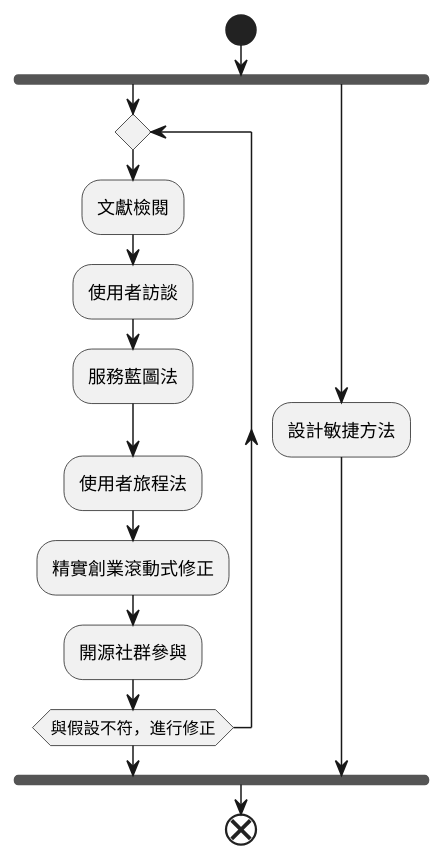
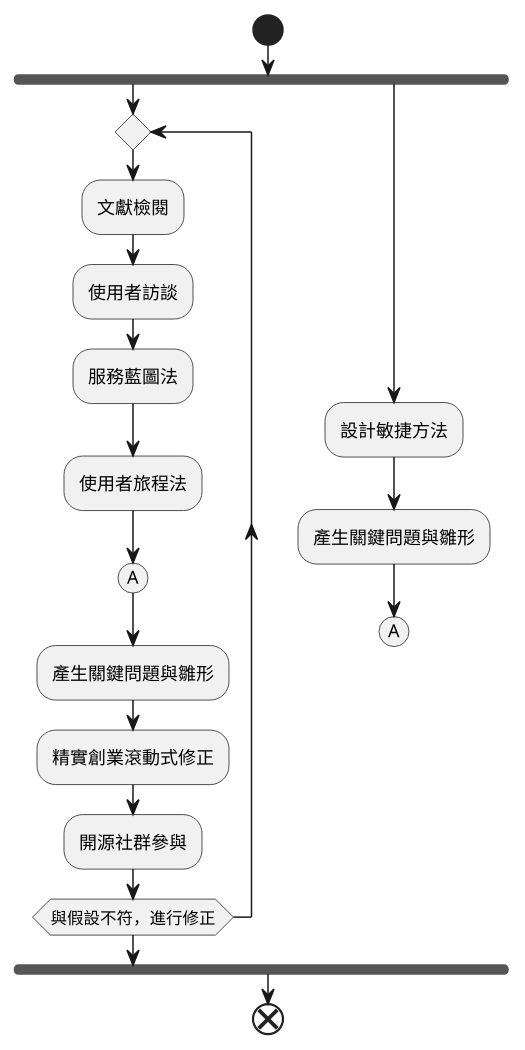
Before and after one commit to SenseTW/ArrTMDReport: the first of 2 diagrams in report2/README.org, drawn with PlantUML. The commit also changed 1 other file, not shown here.

Commit message:
SAVEPOINT

```diff
--- a/report2/README.org
+++ b/report2/README.org
@@ -164,16 +164,21 @@
  #+BEGIN_SRC plantuml :results none :file research_flow.png :cache yes
    start
    fork
        repeat
        :文獻檢閱;
        :使用者訪談;
        :服務藍圖法;
        :使用者旅程法;
+       (A)
+       :產生關鍵問題與雛形;
        :精實創業滾動式修正;
        :開源社群參與;
        repeat while (與假設不符，進行修正)
    fork again
       :設計敏捷方法;
+      :產生關鍵問題與雛形;
+       (A)
+      detach
    endfork
    end
  #+END_SRC
```
